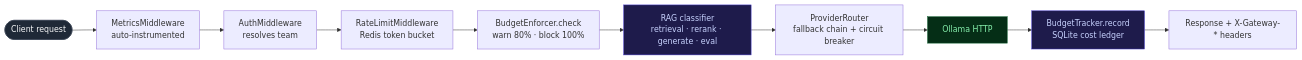
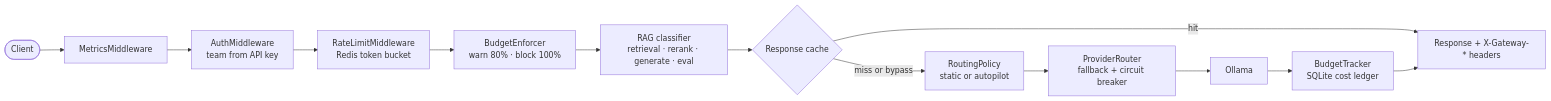
The diagram in README.md (adel-saoud/llm-gateway), drawn with Mermaid before and after one commit. The commit also changed other lines of this file and 42 other files, not shown here.

````diff
--- a/README.md
+++ b/README.md
@@ -184,17 +54,15 @@
 ```mermaid
 flowchart LR
-    Client([Client request]) --> M[MetricsMiddleware<br/>auto-instrumented]
-    M --> Auth[AuthMiddleware<br/>resolves team]
+    Client([Client]) --> M[MetricsMiddleware]
+    M --> Auth[AuthMiddleware<br/>team from API key]
     Auth --> RL[RateLimitMiddleware<br/>Redis token bucket]
-    RL --> Budget[BudgetEnforcer.check<br/>warn 80% · block 100%]
+    RL --> Budget[BudgetEnforcer<br/>warn 80% · block 100%]
     Budget --> Tag[RAG classifier<br/>retrieval · rerank · generate · eval]
-    Tag --> Router[ProviderRouter<br/>fallback chain + circuit breaker]
-    Router --> Provider[Ollama HTTP]
-    Provider --> Ledger[BudgetTracker.record<br/>SQLite cost ledger]
+    Tag --> Cache{Response cache}
+    Cache -->|hit| Resp
+    Cache -->|miss or bypass| Policy[RoutingPolicy<br/>static or autopilot]
+    Policy --> Router[ProviderRouter<br/>fallback + circuit breaker]
+    Router --> Provider[Ollama]
+    Provider --> Ledger[BudgetTracker<br/>SQLite cost ledger]
     Ledger --> Resp[Response + X-Gateway-* headers]
-
-    style Client fill:#1f2937,stroke:#374151,color:#f9fafb
-    style Provider fill:#052e16,stroke:#166534,color:#86efac
-    style Tag fill:#1e1b4b,stroke:#4338ca,color:#c7d2fe
-    style Ledger fill:#1e1b4b,stroke:#4338ca,color:#c7d2fe
 ```
````
